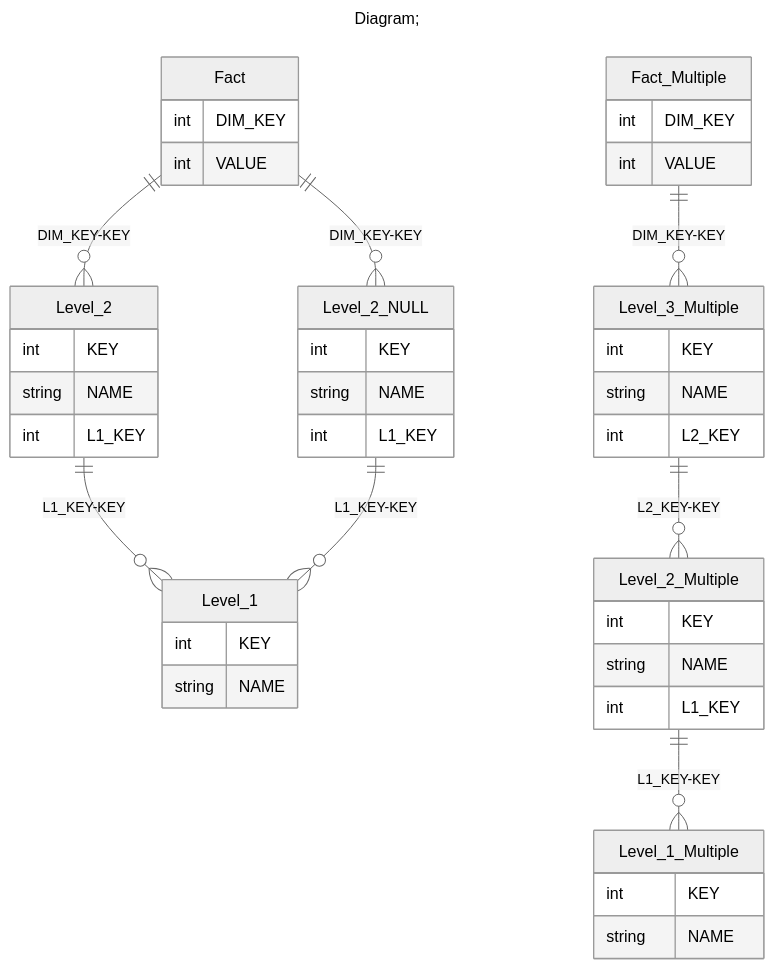
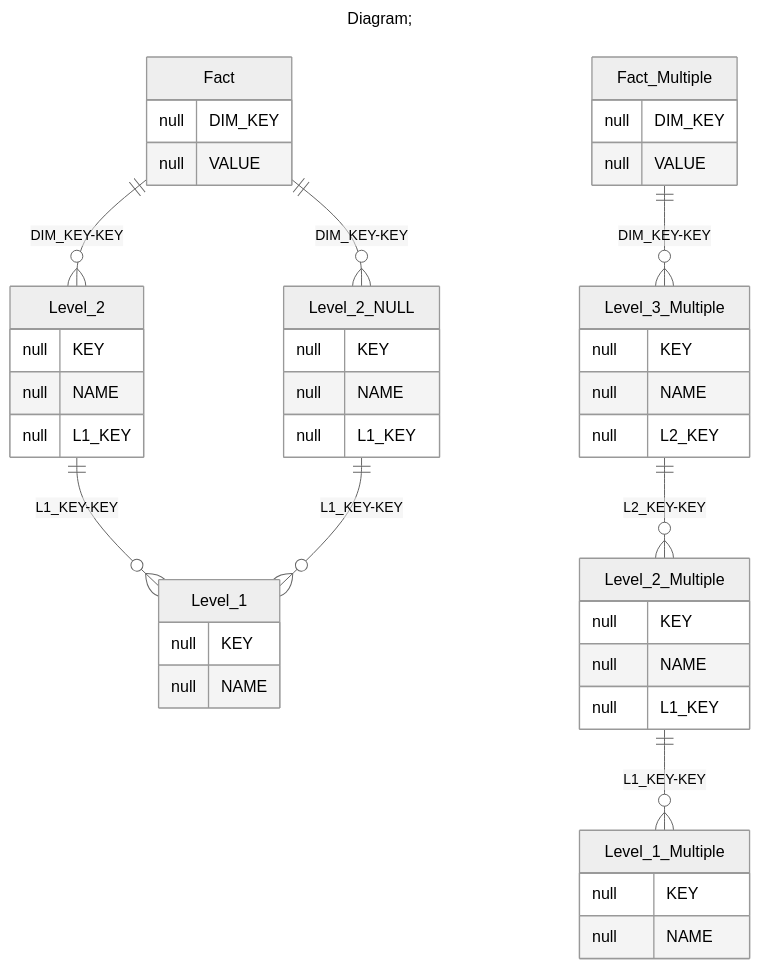
Before and after one commit to xmla-services/workground: the fifth of 5 diagrams in demo/server/catalogs/min_Level_hideMemberIf/README.MD, drawn with Mermaid (neutral theme). The commit also changed other lines of this file and 39 other files, not shown here.

````diff
--- a/demo/server/catalogs/min_Level_hideMemberIf/README.MD
+++ b/demo/server/catalogs/min_Level_hideMemberIf/README.MD
@@ -225,50 +225,50 @@
 ```mermaid
 ---
 title: Diagram;
 ---
 erDiagram
 Fact{
-int DIM_KEY
-int VALUE
+null DIM_KEY
+null VALUE
 }
 Fact_Multiple{
-int DIM_KEY
-int VALUE
+null DIM_KEY
+null VALUE
 }
 Level_1{
-int KEY
-string NAME
+null KEY
+null NAME
 }
 Level_1_Multiple{
-int KEY
-string NAME
+null KEY
+null NAME
 }
 Level_2{
-int KEY
-string NAME
-int L1_KEY
+null KEY
+null NAME
+null L1_KEY
 }
 Level_2_Multiple{
-int KEY
-string NAME
-int L1_KEY
+null KEY
+null NAME
+null L1_KEY
 }
 Level_2_NULL{
-int KEY
-string NAME
-int L1_KEY
+null KEY
+null NAME
+null L1_KEY
 }
 Level_3_Multiple{
-int KEY
-string NAME
-int L2_KEY
+null KEY
+null NAME
+null L2_KEY
 }
 
 "Fact" ||--o{ "Level_2" : "DIM_KEY-KEY"
 "Level_2" ||--o{ "Level_1" : "L1_KEY-KEY"
 "Fact" ||--o{ "Level_2_NULL" : "DIM_KEY-KEY"
 "Level_2_NULL" ||--o{ "Level_1" : "L1_KEY-KEY"
 "Fact_Multiple" ||--o{ "Level_3_Multiple" : "DIM_KEY-KEY"
 "Level_3_Multiple" ||--o{ "Level_2_Multiple" : "L2_KEY-KEY"
 "Level_2_Multiple" ||--o{ "Level_1_Multiple" : "L1_KEY-KEY"
 ```
````
